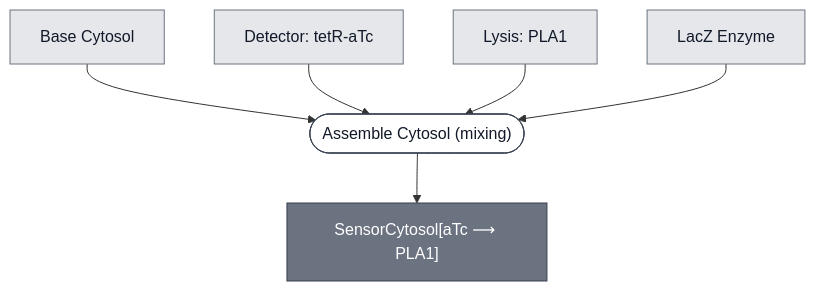
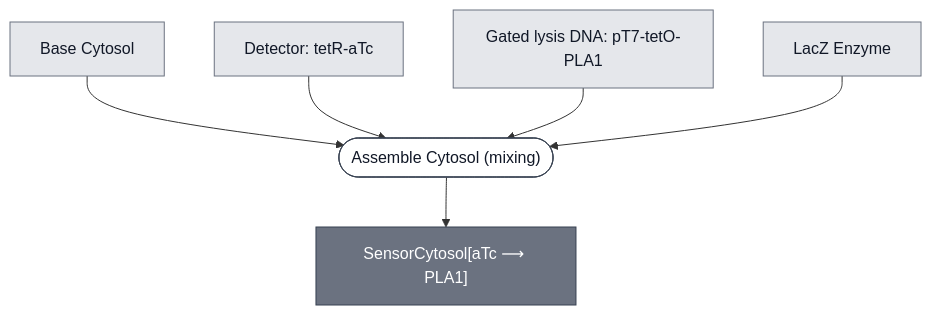
The diagram in docs/modules/atc-sensor-cytosol/spec.md (nucleus-eng/nucleus-docs), drawn with Mermaid before and after one commit. The commit also changed other lines of this file and 22 other files, not shown here.

````diff
--- a/docs/modules/atc-sensor-cytosol/spec.md
+++ b/docs/modules/atc-sensor-cytosol/spec.md
@@ -31,31 +31,30 @@
 ```mermaid
 flowchart TD
     BASE_CYTOSOL["Base Cytosol"]
     DETECTOR_TETR_ATC["Detector: tetR-aTc"]
-    EFFECTOR_PLA1["Lysis: PLA1"]
+    EFFECTOR_PLA1_TETO["Gated lysis DNA: pT7-tetO-PLA1"]
     REPORTER_LACZ_ENZYME["LacZ Enzyme"]
 
     P1_ASSEMBLE_CYTOSOL_0(["Assemble Cytosol (mixing)"])
     ATC_SENSOR_CYTOSOL["SensorCytosol[aTc ⟶ PLA1]"]
 
     BASE_CYTOSOL --> P1_ASSEMBLE_CYTOSOL_0
     DETECTOR_TETR_ATC --> P1_ASSEMBLE_CYTOSOL_0
-    EFFECTOR_PLA1 --> P1_ASSEMBLE_CYTOSOL_0
+    EFFECTOR_PLA1_TETO --> P1_ASSEMBLE_CYTOSOL_0
     REPORTER_LACZ_ENZYME --> P1_ASSEMBLE_CYTOSOL_0
     P1_ASSEMBLE_CYTOSOL_0 --> ATC_SENSOR_CYTOSOL
 
 
     classDef leaf     fill:#e5e7eb,stroke:#6b7280,color:#111827;
     classDef composed fill:#6b7280,stroke:#374151,color:#ffffff;
     classDef process  fill:#ffffff,stroke:#374151,color:#111827;
-    class BASE_CYTOSOL,DETECTOR_TETR_ATC,EFFECTOR_PLA1,REPORTER_LACZ_ENZYME leaf;
+    class BASE_CYTOSOL,DETECTOR_TETR_ATC,EFFECTOR_PLA1_TETO,REPORTER_LACZ_ENZYME leaf;
     class ATC_SENSOR_CYTOSOL composed;
     class P1_ASSEMBLE_CYTOSOL_0 process;
 
     click BASE_CYTOSOL "/docs/modules/base-cytosol/spec"
     click DETECTOR_TETR_ATC "/docs/modules/detector-tetr-atc/spec"
-    click EFFECTOR_PLA1 "/docs/modules/effector-pla1/spec"
     click REPORTER_LACZ_ENZYME "/docs/modules/reporter-lacz-enzyme/spec"
     click P1_ASSEMBLE_CYTOSOL_0 "/docs/processes/assemble-cytosol/assemble-cytosol-main"
     click ATC_SENSOR_CYTOSOL "/docs/modules/atc-sensor-cytosol/spec"
 ```
````
